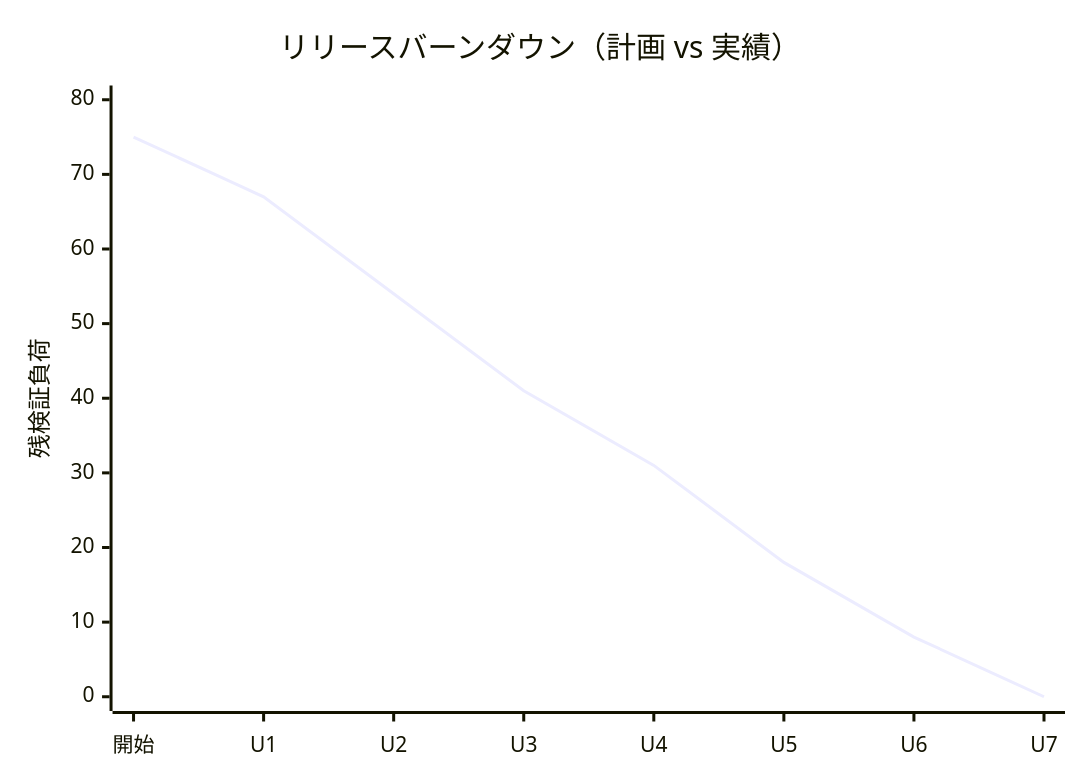
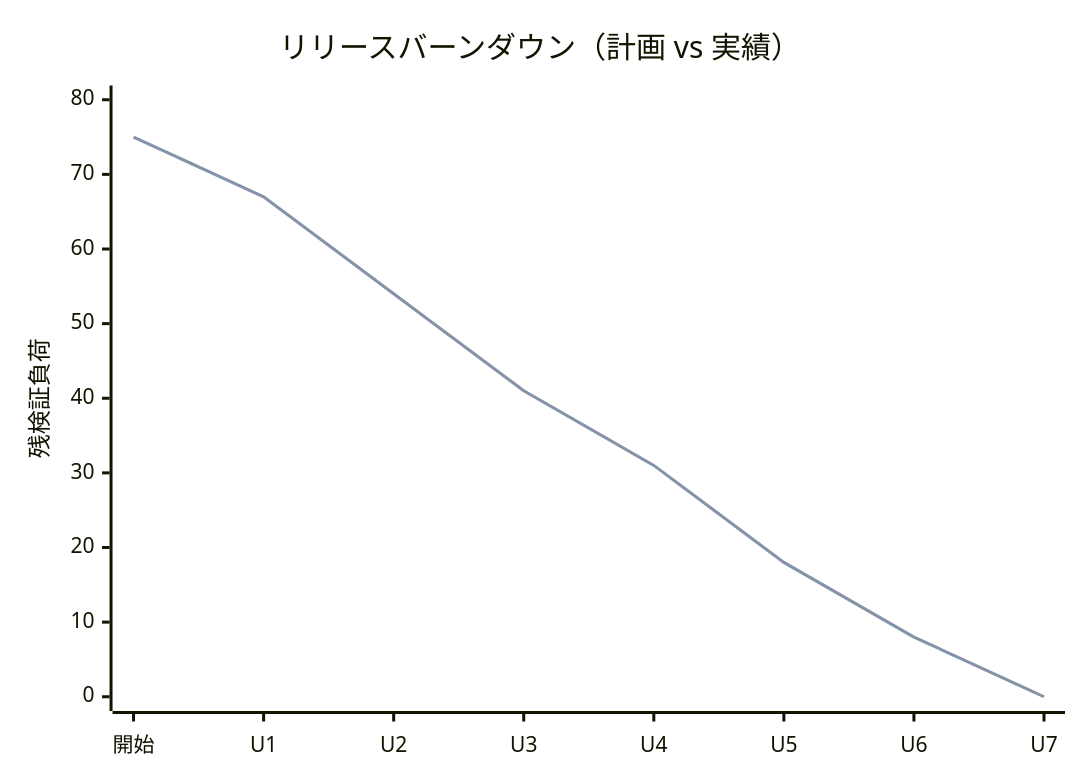
The fourth of 4 diagrams in docs/development/release_plan.md (k2works/from-objects-to-functions-excersice), drawn with Mermaid before and after one commit. The commit also changed other lines of this file and 8 other files, not shown here.

````diff
--- a/docs/development/release_plan.md
+++ b/docs/development/release_plan.md
@@ -520,7 +522,8 @@
 ```mermaid
 xychart-beta
     title "リリースバーンダウン（計画 vs 実績）"
     x-axis ["開始", "U1", "U2", "U3", "U4", "U5", "U6", "U7"]
     y-axis "残検証負荷" 0 --> 80
     line "計画" [75, 67, 54, 41, 31, 18, 8, 0]
+    line "実績" [75, 67, 54, 41, 31, 18, 8, 0]
 ```
````
